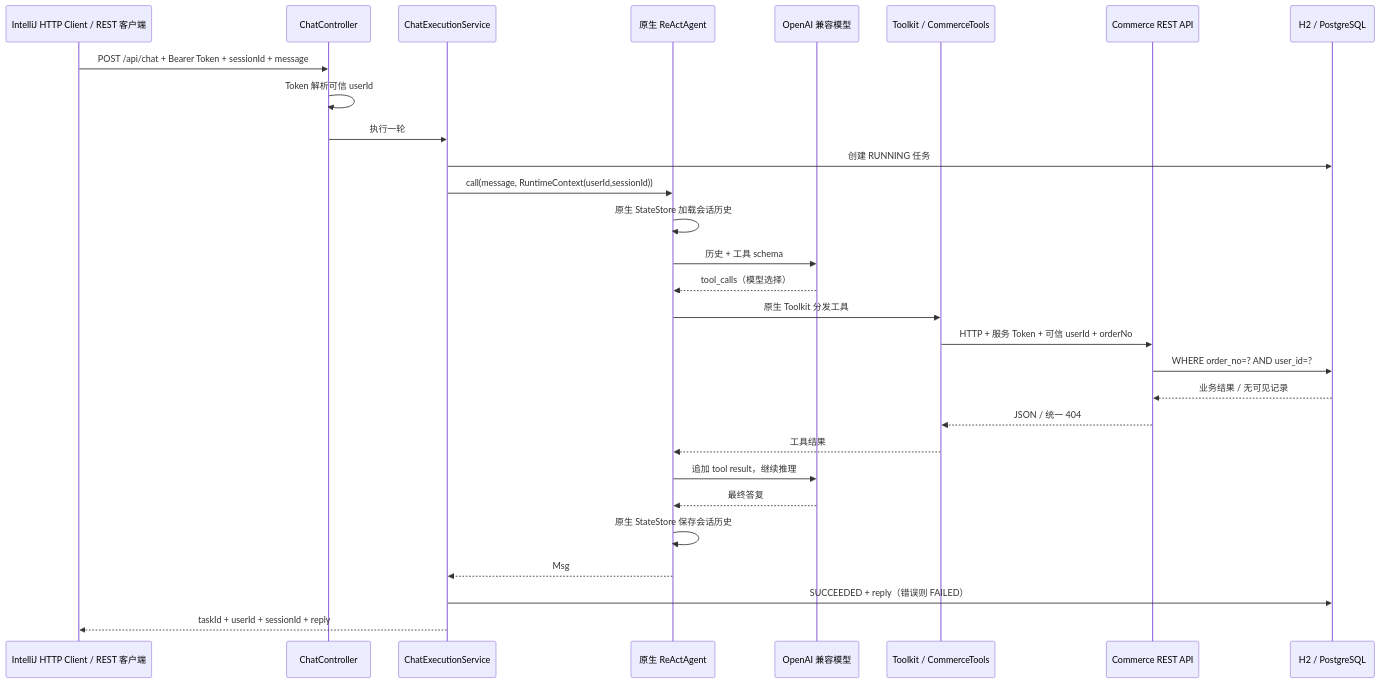
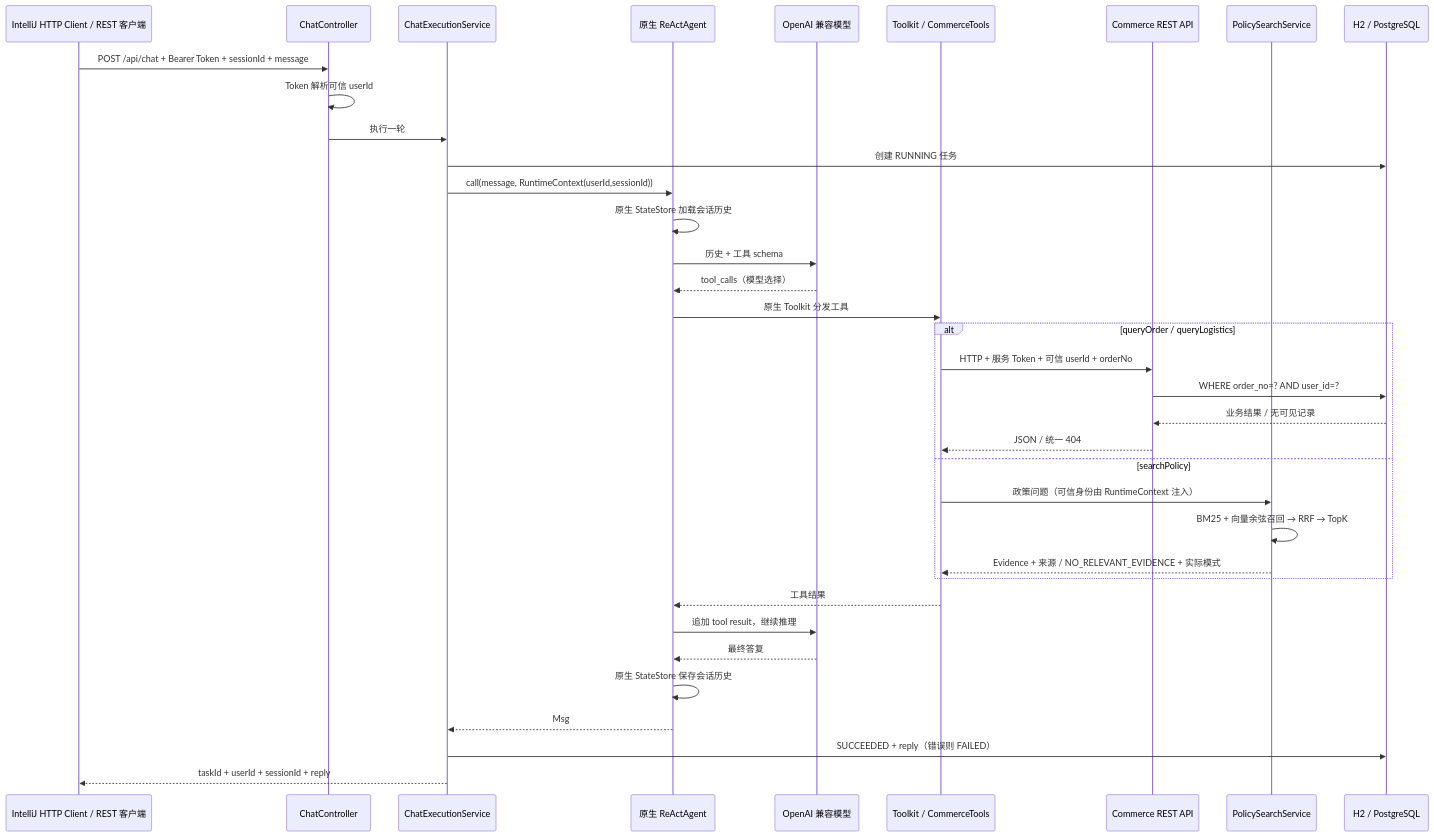
One commit to Zhangxiaoshuo2/ResolveForge changed the diagram in docs/architecture.md. Above: the diagram before and after it, drawn with Mermaid. The commit also changed other lines of this file and 50 other files, not shown here.

First line of the commit message:
feat: add hybrid policy RAG and native agent tool collaboration

````diff
--- a/docs/architecture.md
+++ b/docs/architecture.md
@@ -5,31 +5,38 @@
 ```mermaid
 sequenceDiagram
     participant U as IntelliJ HTTP Client / REST 客户端
     participant C as ChatController
     participant E as ChatExecutionService
     participant A as 原生 ReActAgent
     participant M as OpenAI 兼容模型
     participant T as Toolkit / CommerceTools
     participant API as Commerce REST API
+    participant RAG as PolicySearchService
     participant DB as H2 / PostgreSQL
     U->>C: POST /api/chat + Bearer Token + sessionId + message
     C->>C: Token 解析可信 userId
     C->>E: 执行一轮
     E->>DB: 创建 RUNNING 任务
     E->>A: call(message, RuntimeContext(userId,sessionId))
     A->>A: 原生 StateStore 加载会话历史
     A->>M: 历史 + 工具 schema
     M-->>A: tool_calls（模型选择）
     A->>T: 原生 Toolkit 分发工具
-    T->>API: HTTP + 服务 Token + 可信 userId + orderNo
-    API->>DB: WHERE order_no=? AND user_id=?
-    DB-->>API: 业务结果 / 无可见记录
-    API-->>T: JSON / 统一 404
+    alt queryOrder / queryLogistics
+        T->>API: HTTP + 服务 Token + 可信 userId + orderNo
+        API->>DB: WHERE order_no=? AND user_id=?
+        DB-->>API: 业务结果 / 无可见记录
+        API-->>T: JSON / 统一 404
+    else searchPolicy
+        T->>RAG: 政策问题（可信身份由 RuntimeContext 注入）
+        RAG->>RAG: BM25 + 向量余弦召回 → RRF → TopK
+        RAG-->>T: Evidence + 来源 / NO_RELEVANT_EVIDENCE + 实际模式
+    end
     T-->>A: 工具结果
     A->>M: 追加 tool result，继续推理
     M-->>A: 最终答复
     A->>A: 原生 StateStore 保存会话历史
     A-->>E: Msg
     E->>DB: SUCCEEDED + reply（错误则 FAILED）
     E-->>U: taskId + userId + sessionId + reply
 ```
````
